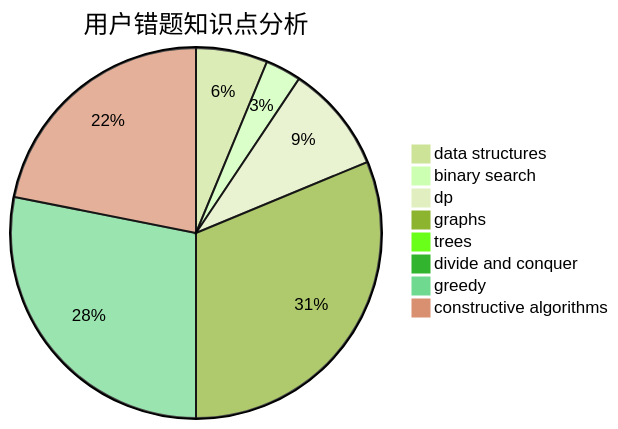
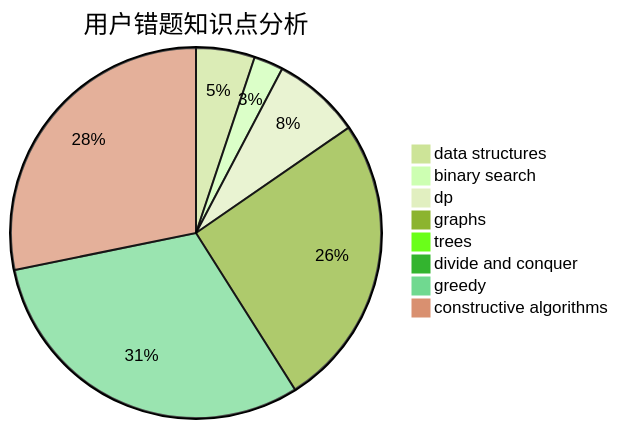
Before and after one commit to sherpahu/cfrs.github.io: the third of 3 diagrams in docs/user/u874.md, drawn with Mermaid (forest theme). The commit also changed other lines of this file and 2770 other files, not shown here.

````diff
--- a/docs/user/u874.md
+++ b/docs/user/u874.md
@@ -36,11 +36,11 @@
 ```mermaid
 pie title 用户错题知识点分析
     "data structures" :  2
     "binary search" :  1
     "dp" :  3
     "graphs" :  10
     "trees" :  0
     "divide and conquer" :  0
-    "greedy" :  9
-    "constructive algorithms" :  7
+    "greedy" :  12
+    "constructive algorithms" :  11
 ```
````
